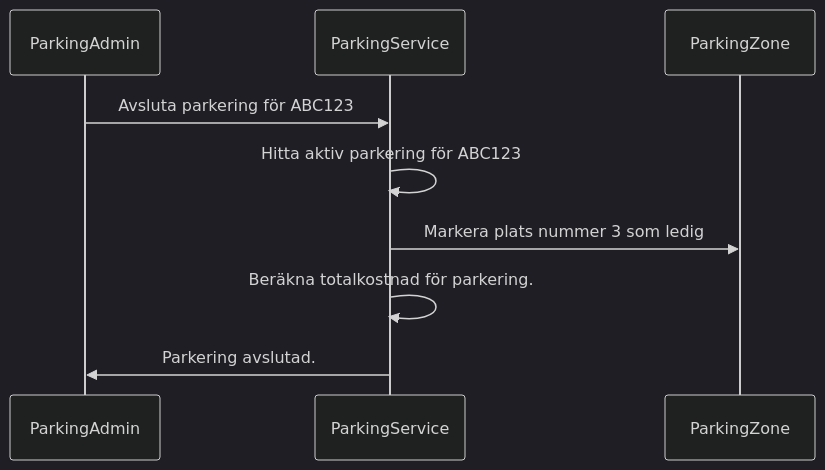
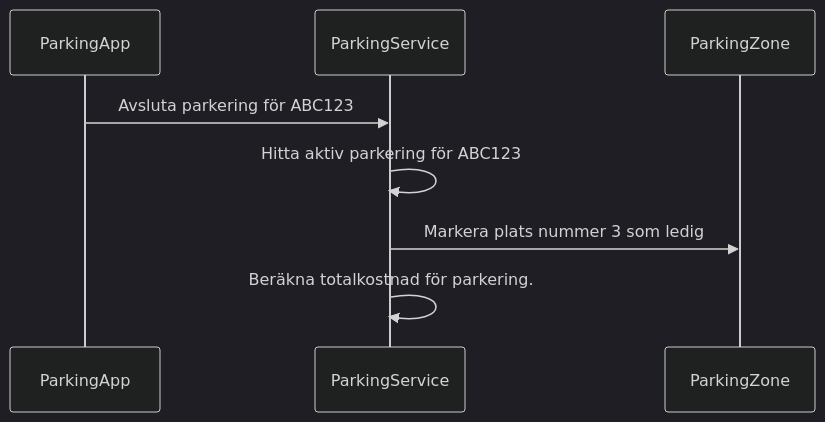
One commit to anders-kj/ParkingLot changed the second of 2 diagrams in ParkLot/README.md. Above: the diagram before and after it, drawn with Mermaid (dark theme). The commit also changed other lines of this file and 3 other files, not shown here.

````diff
--- a/ParkLot/README.md
+++ b/ParkLot/README.md
@@ -21,12 +50,11 @@
 ```mermaid
 sequenceDiagram
-	ParkingAdmin->>ParkingService: Avsluta parkering för ABC123
+	ParkingApp->>ParkingService: Avsluta parkering för ABC123
     ParkingService->>ParkingService: Hitta aktiv parkering för ABC123
 	ParkingService->>ParkingZone: Markera plats nummer 3 som ledig
 	ParkingService->>ParkingService: Beräkna totalkostnad för parkering.
-	ParkingService->>ParkingAdmin:Parkering avslutad.
 	
 
 
 
 ```
````
